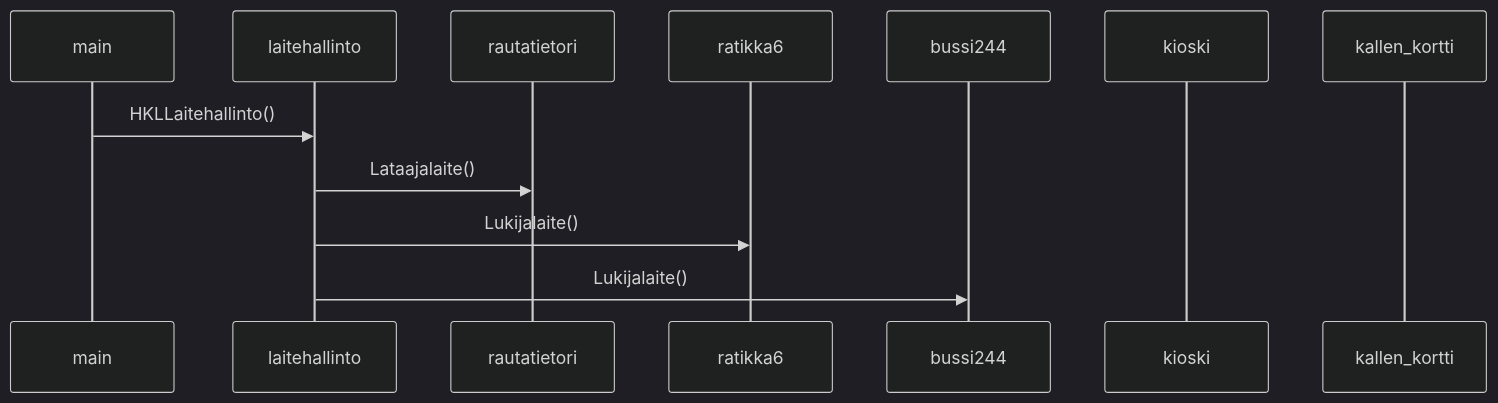
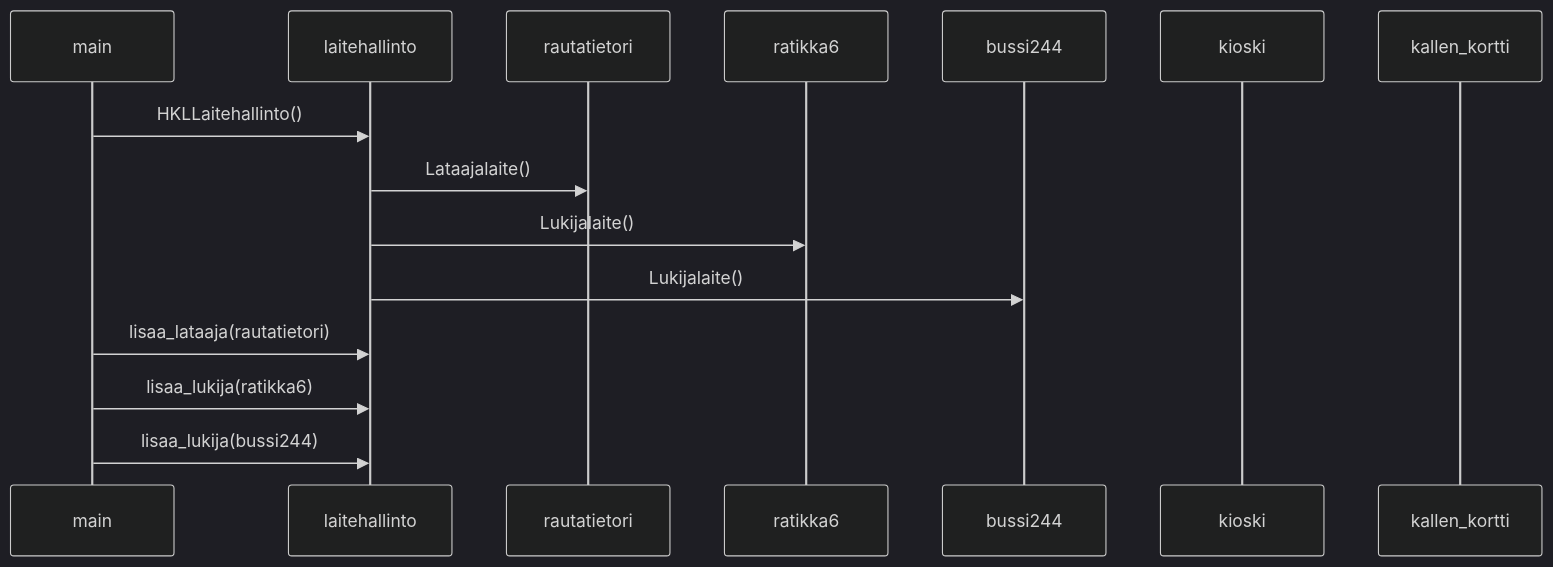
Before and after one commit to ttanninen/ot-harjoitustyo: the diagram in laskarit/viikko3/hsl.md, drawn with Mermaid (dark theme).

````diff
--- a/laskarit/viikko3/hsl.md
+++ b/laskarit/viikko3/hsl.md
@@ -1,17 +1,21 @@
 ```mermaid
 
 sequenceDiagram
   participant main
   participant laitehallinto
   participant rautatietori
   participant ratikka6
   participant bussi244
   participant kioski
   participant kallen_kortti
   
     main ->> laitehallinto: HKLLaitehallinto()
     laitehallinto ->> rautatietori: Lataajalaite()
     laitehallinto ->> ratikka6: Lukijalaite()
     laitehallinto ->> bussi244: Lukijalaite()
 
+    main ->> laitehallinto: lisaa_lataaja(rautatietori)
+    main ->> laitehallinto: lisaa_lukija(ratikka6)
+    main ->> laitehallinto: lisaa_lukija(bussi244)
+
 ```
````
